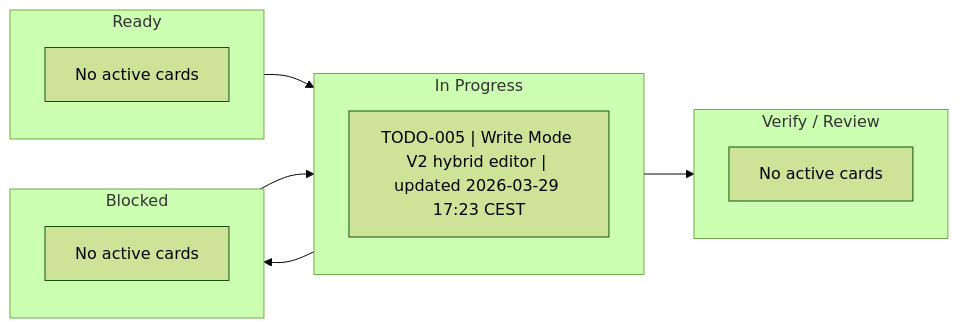
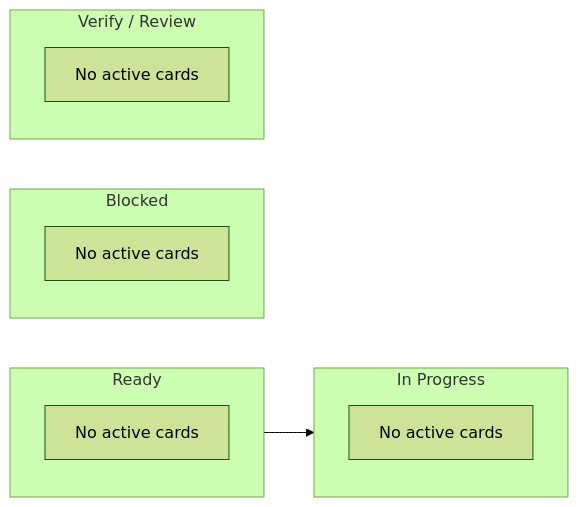
Before and after one commit to shomsy/step-by-step-animator: the diagram in .agents/management/ACTIVE.md, drawn with Mermaid (forest theme). The commit also changed 14 other files, not shown here.

Commit message:
Ship hybrid Write Mode editor surfaces

````diff
--- a/.agents/management/ACTIVE.md
+++ b/.agents/management/ACTIVE.md
@@ -20,23 +20,20 @@
 ```mermaid
 flowchart LR
     subgraph Ready["Ready"]
         R0["No active cards"]
     end
 
     subgraph InProgress["In Progress"]
-        P1["TODO-005 | Write Mode V2 hybrid editor | updated 2026-03-29 17:23 CEST"]
+        P0["No active cards"]
     end
 
     subgraph Blocked["Blocked"]
         B0["No active cards"]
     end
 
     subgraph Verify["Verify / Review"]
         V0["No active cards"]
     end
 
     Ready --> InProgress
-    InProgress --> Verify
-    InProgress --> Blocked
-    Blocked --> InProgress
 ```
````
